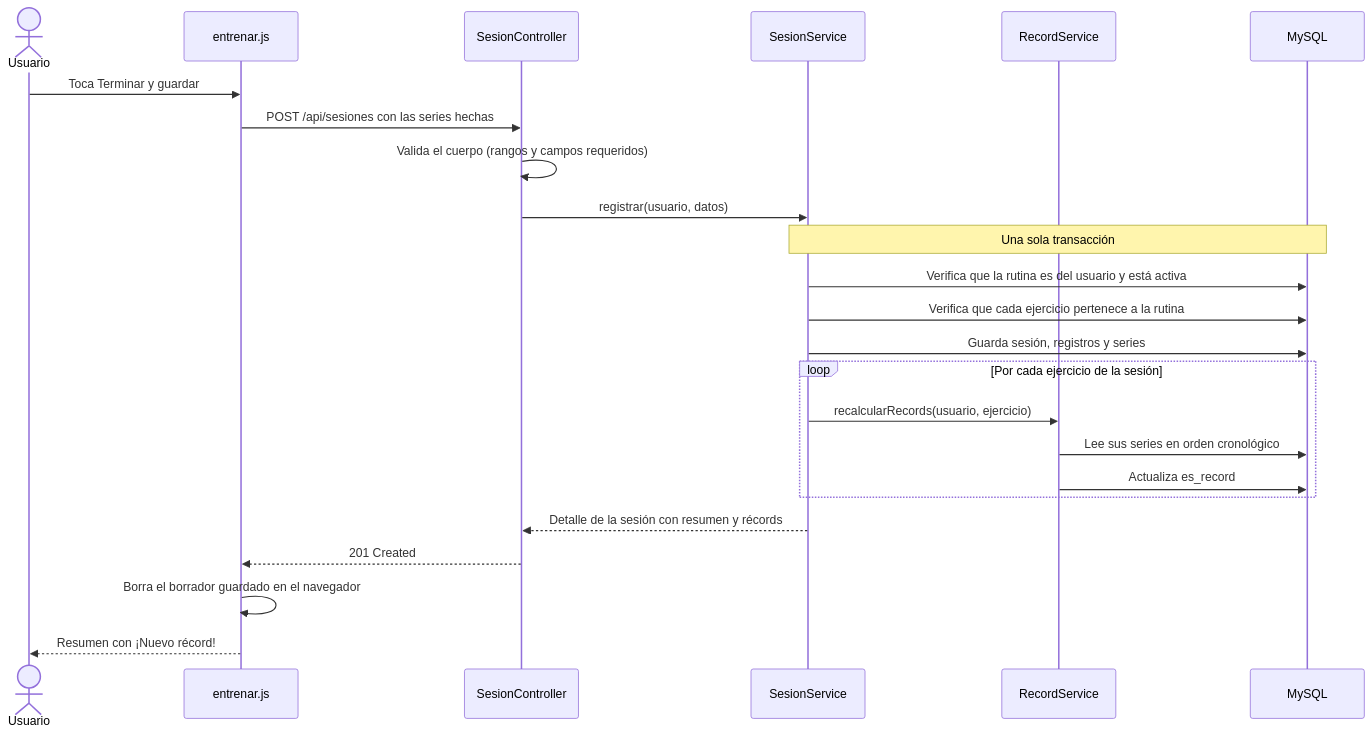
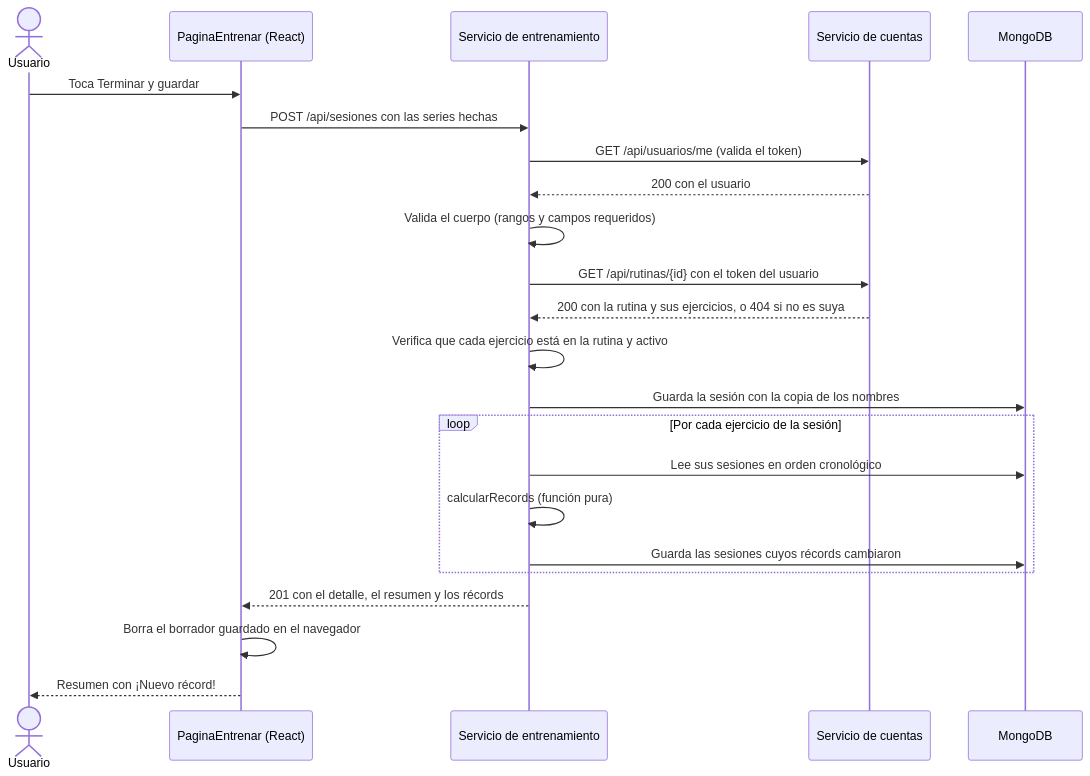
One commit to rancesra/gymrutine changed the fifth of 6 diagrams in docs/ARQUITECTURA.md. Above: the diagram before and after it, drawn with Mermaid. The commit also changed other lines of this file and 14 other files, not shown here.

Commit message:
Actualiza la documentación a la versión 2 con el mockup y las guías de T2 y T3

````diff
--- a/docs/ARQUITECTURA.md
+++ b/docs/ARQUITECTURA.md
@@ -132,27 +246,26 @@
 ```mermaid
 sequenceDiagram
     actor U as Usuario
-    participant F as entrenar.js
-    participant C as SesionController
-    participant S as SesionService
-    participant R as RecordService
-    participant DB as MySQL
+    participant F as PaginaEntrenar (React)
+    participant E as Servicio de entrenamiento
+    participant C as Servicio de cuentas
+    participant MG as MongoDB
 
     U->>F: Toca Terminar y guardar
-    F->>C: POST /api/sesiones con las series hechas
-    C->>C: Valida el cuerpo (rangos y campos requeridos)
-    C->>S: registrar(usuario, datos)
-    Note over S,DB: Una sola transacción
-    S->>DB: Verifica que la rutina es del usuario y está activa
-    S->>DB: Verifica que cada ejercicio pertenece a la rutina
-    S->>DB: Guarda sesión, registros y series
+    F->>E: POST /api/sesiones con las series hechas
+    E->>C: GET /api/usuarios/me (valida el token)
+    C-->>E: 200 con el usuario
+    E->>E: Valida el cuerpo (rangos y campos requeridos)
+    E->>C: GET /api/rutinas/{id} con el token del usuario
+    C-->>E: 200 con la rutina y sus ejercicios, o 404 si no es suya
+    E->>E: Verifica que cada ejercicio está en la rutina y activo
+    E->>MG: Guarda la sesión con la copia de los nombres
     loop Por cada ejercicio de la sesión
-        S->>R: recalcularRecords(usuario, ejercicio)
-        R->>DB: Lee sus series en orden cronológico
-        R->>DB: Actualiza es_record
+        E->>MG: Lee sus sesiones en orden cronológico
+        E->>E: calcularRecords (función pura)
+        E->>MG: Guarda las sesiones cuyos récords cambiaron
     end
-    S-->>C: Detalle de la sesión con resumen y récords
-    C-->>F: 201 Created
+    E-->>F: 201 con el detalle, el resumen y los récords
     F->>F: Borra el borrador guardado en el navegador
     F-->>U: Resumen con ¡Nuevo récord!
 ```
````
